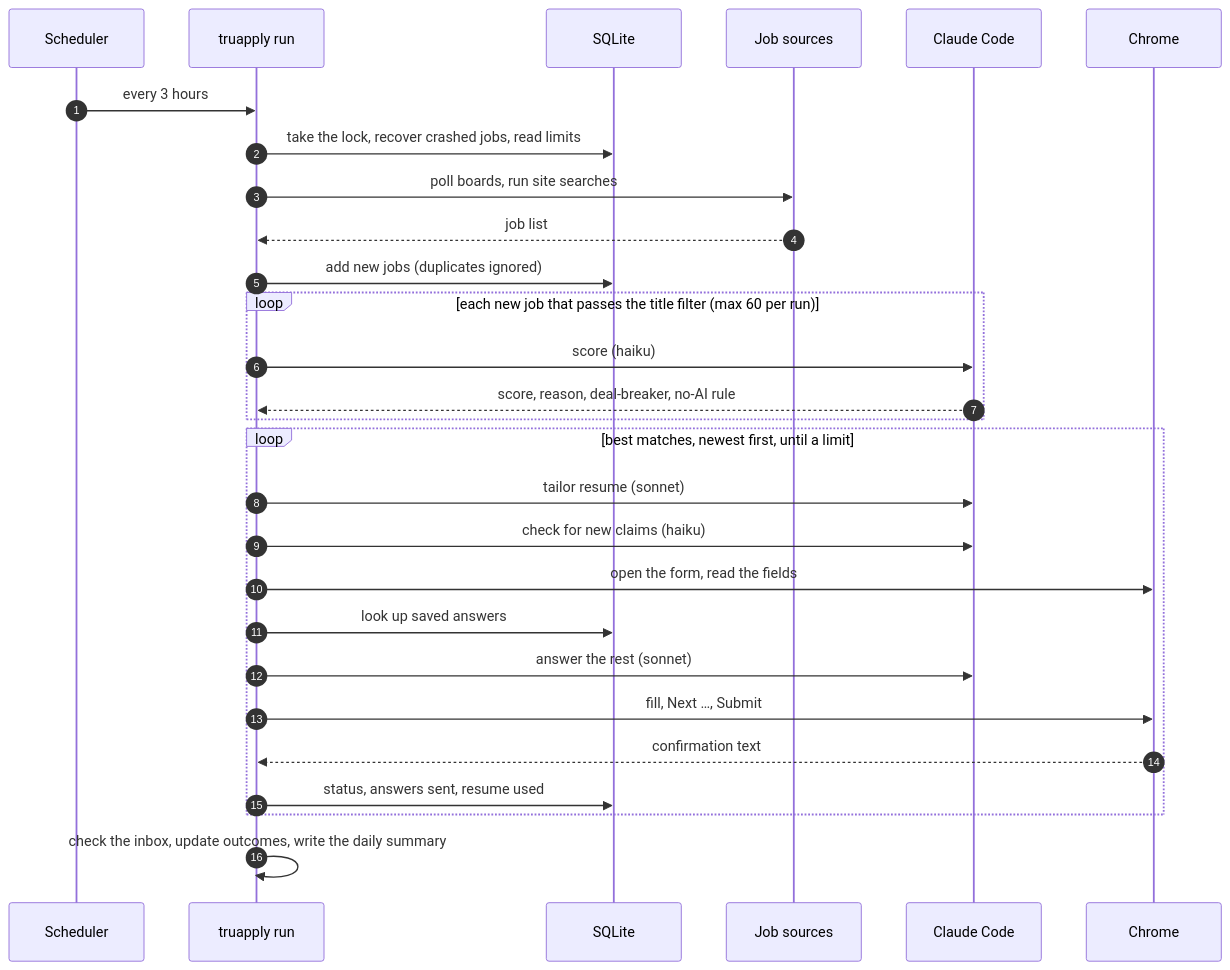
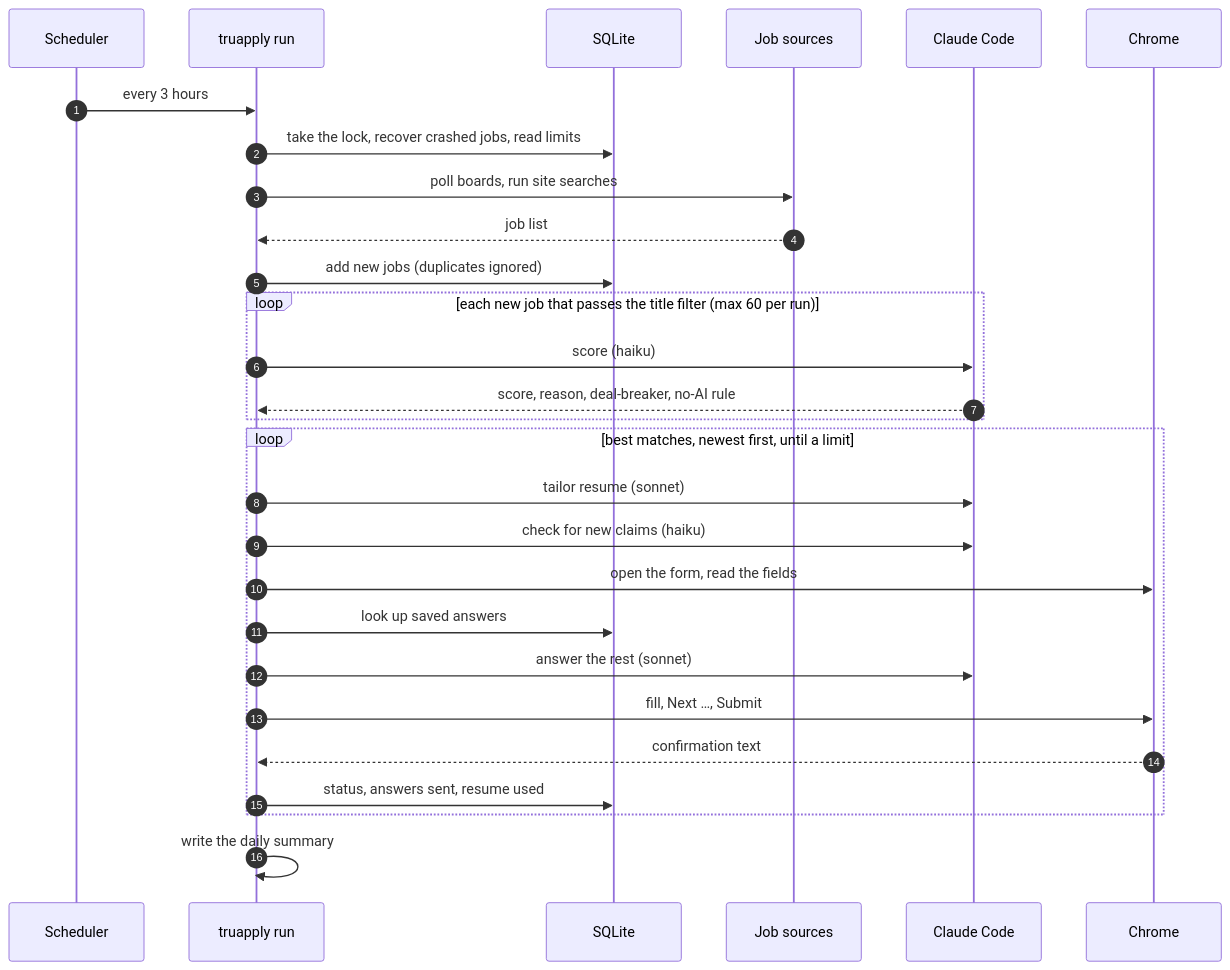
Before and after one commit to Avijit07x/truapply: the second of 7 diagrams in docs/architecture.md, drawn with Mermaid. The commit also changed other lines of this file and 11 other files, not shown here.

````diff
--- a/docs/architecture.md
+++ b/docs/architecture.md
@@ -167,30 +166,30 @@
 ```mermaid
 sequenceDiagram
   autonumber
   participant S as Scheduler
   participant R as truapply run
   participant DB as SQLite
   participant W as Job sources
   participant AI as Claude Code
   participant B as Chrome
   S->>R: every 3 hours
   R->>DB: take the lock, recover crashed jobs, read limits
   R->>W: poll boards, run site searches
   W-->>R: job list
   R->>DB: add new jobs (duplicates ignored)
   loop each new job that passes the title filter (max 60 per run)
     R->>AI: score (haiku)
     AI-->>R: score, reason, deal-breaker, no-AI rule
   end
   loop best matches, newest first, until a limit
     R->>AI: tailor resume (sonnet)
     R->>AI: check for new claims (haiku)
     R->>B: open the form, read the fields
     R->>DB: look up saved answers
     R->>AI: answer the rest (sonnet)
     R->>B: fill, Next …, Submit
     B-->>R: confirmation text
     R->>DB: status, answers sent, resume used
   end
-  R->>R: check the inbox, update outcomes, write the daily summary
+  R->>R: write the daily summary
 ```
````
